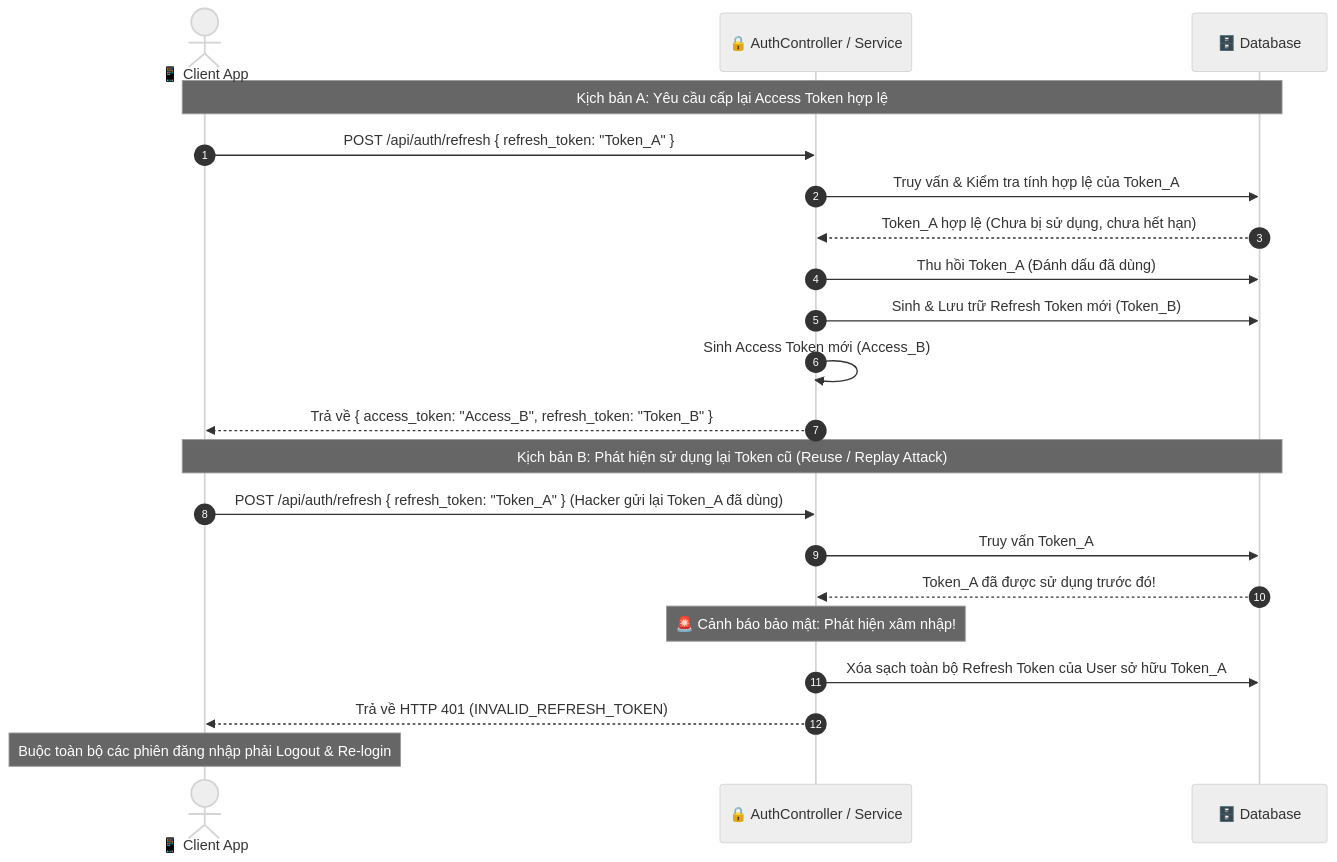
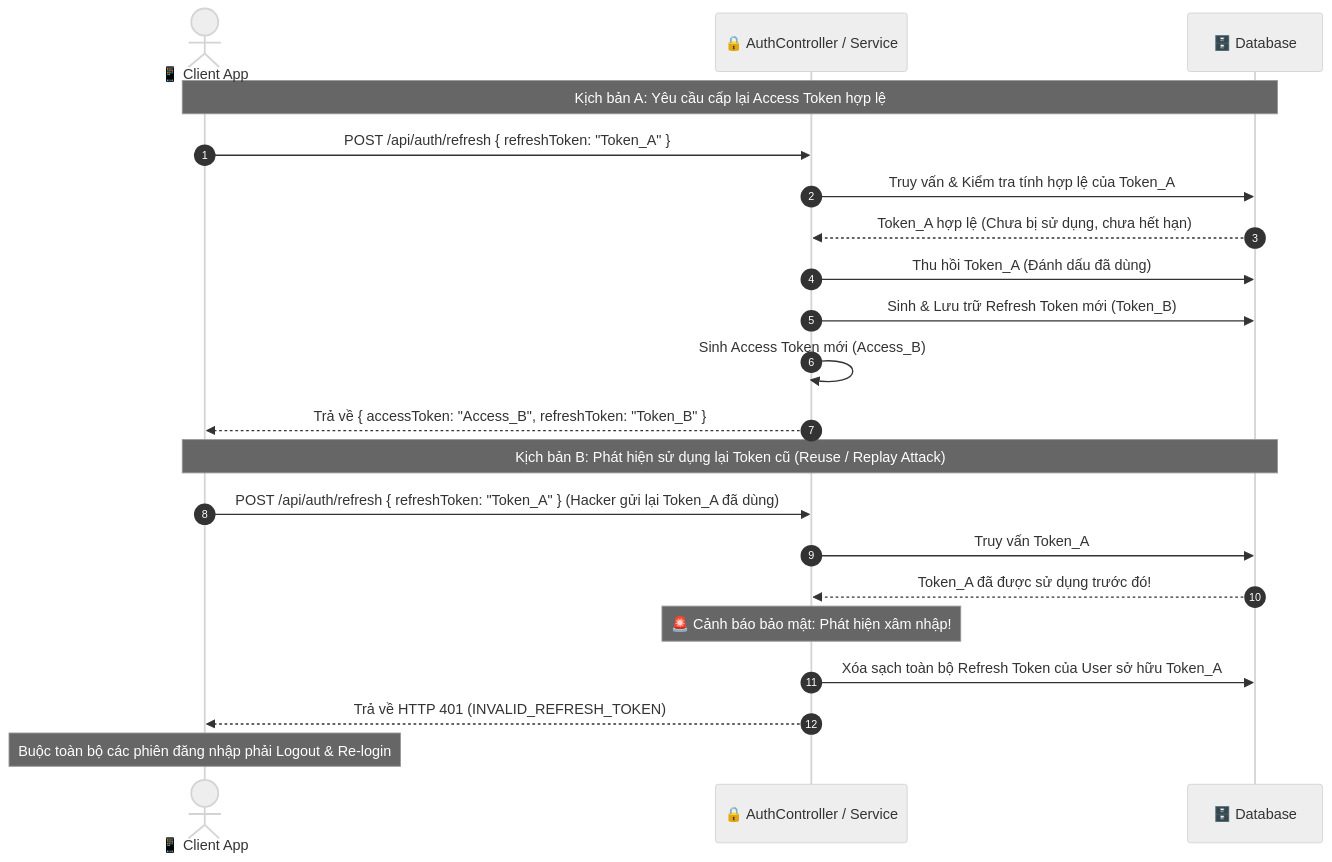
The diagram in docs/diagrams/auth_token_rotation.mmd (VUVANQUANIT/NexChat), drawn with Mermaid (neutral theme) before and after one commit. The commit also changed 9 other files, not shown here.

First line of the commit message:
fix(docs): resolve architecture review issues - idempotency, ERD, camelCase

```diff
--- a/docs/diagrams/auth_token_rotation.mmd
+++ b/docs/diagrams/auth_token_rotation.mmd
@@ -1,23 +1,23 @@
 sequenceDiagram
     autonumber
     actor Client as 📱 Client App
     participant Auth as 🔒 AuthController / Service
     participant DB as 🗄️ Database
     
     Note over Client, DB: Kịch bản A: Yêu cầu cấp lại Access Token hợp lệ
-    Client->>Auth: POST /api/auth/refresh { refresh_token: "Token_A" }
+    Client->>Auth: POST /api/auth/refresh { refreshToken: "Token_A" }
     Auth->>DB: Truy vấn & Kiểm tra tính hợp lệ của Token_A
     DB-->>Auth: Token_A hợp lệ (Chưa bị sử dụng, chưa hết hạn)
     Auth->>DB: Thu hồi Token_A (Đánh dấu đã dùng)
     Auth->>DB: Sinh & Lưu trữ Refresh Token mới (Token_B)
     Auth->>Auth: Sinh Access Token mới (Access_B)
-    Auth-->>Client: Trả về { access_token: "Access_B", refresh_token: "Token_B" }
+    Auth-->>Client: Trả về { accessToken: "Access_B", refreshToken: "Token_B" }
     
     Note over Client, DB: Kịch bản B: Phát hiện sử dụng lại Token cũ (Reuse / Replay Attack)
-    Client->>Auth: POST /api/auth/refresh { refresh_token: "Token_A" } (Hacker gửi lại Token_A đã dùng)
+    Client->>Auth: POST /api/auth/refresh { refreshToken: "Token_A" } (Hacker gửi lại Token_A đã dùng)
     Auth->>DB: Truy vấn Token_A
     DB-->>Auth: Token_A đã được sử dụng trước đó!
     Note over Auth: 🚨 Cảnh báo bảo mật: Phát hiện xâm nhập!
     Auth->>DB: Xóa sạch toàn bộ Refresh Token của User sở hữu Token_A
     Auth-->>Client: Trả về HTTP 401 (INVALID_REFRESH_TOKEN)
     Note over Client: Buộc toàn bộ các phiên đăng nhập phải Logout & Re-login
```
